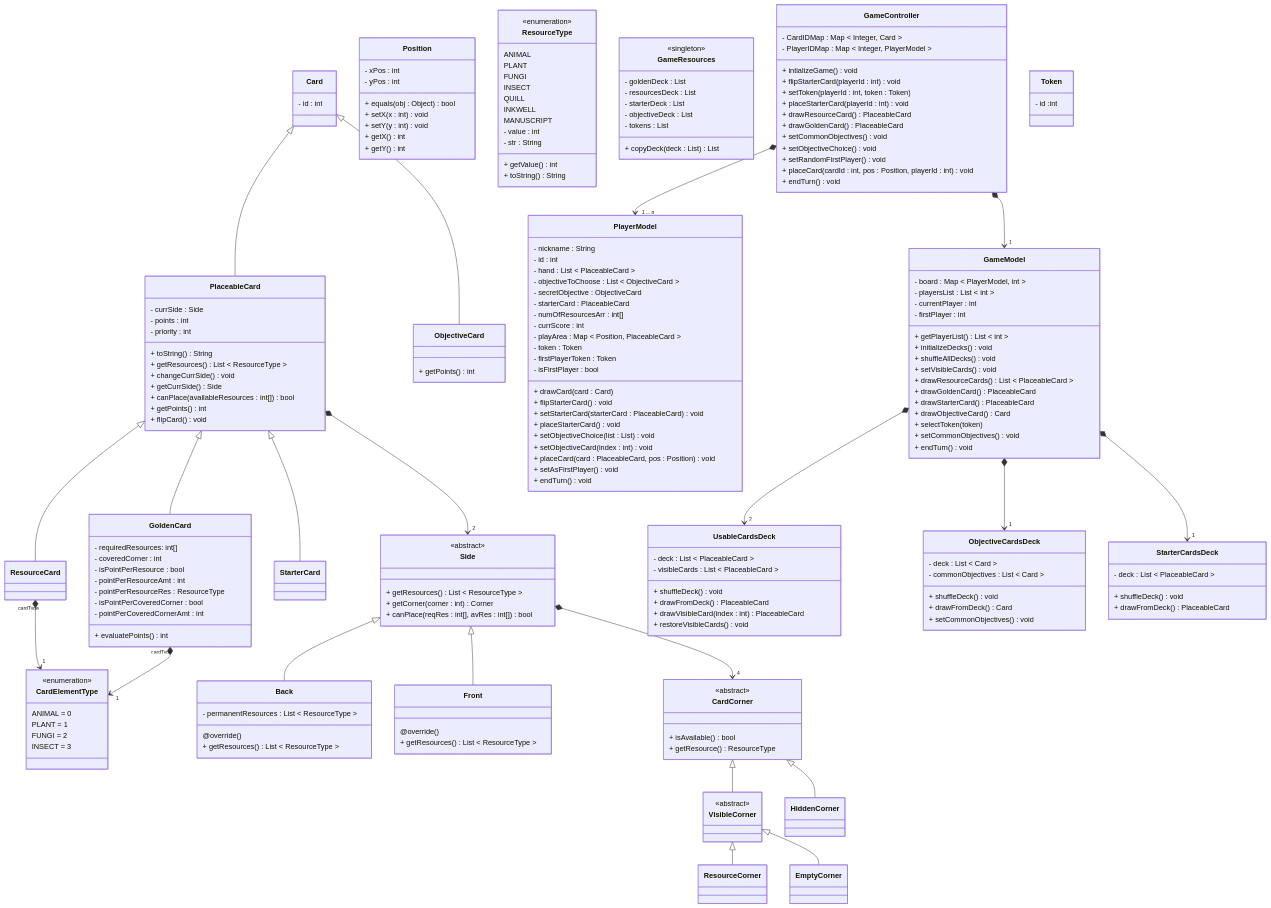
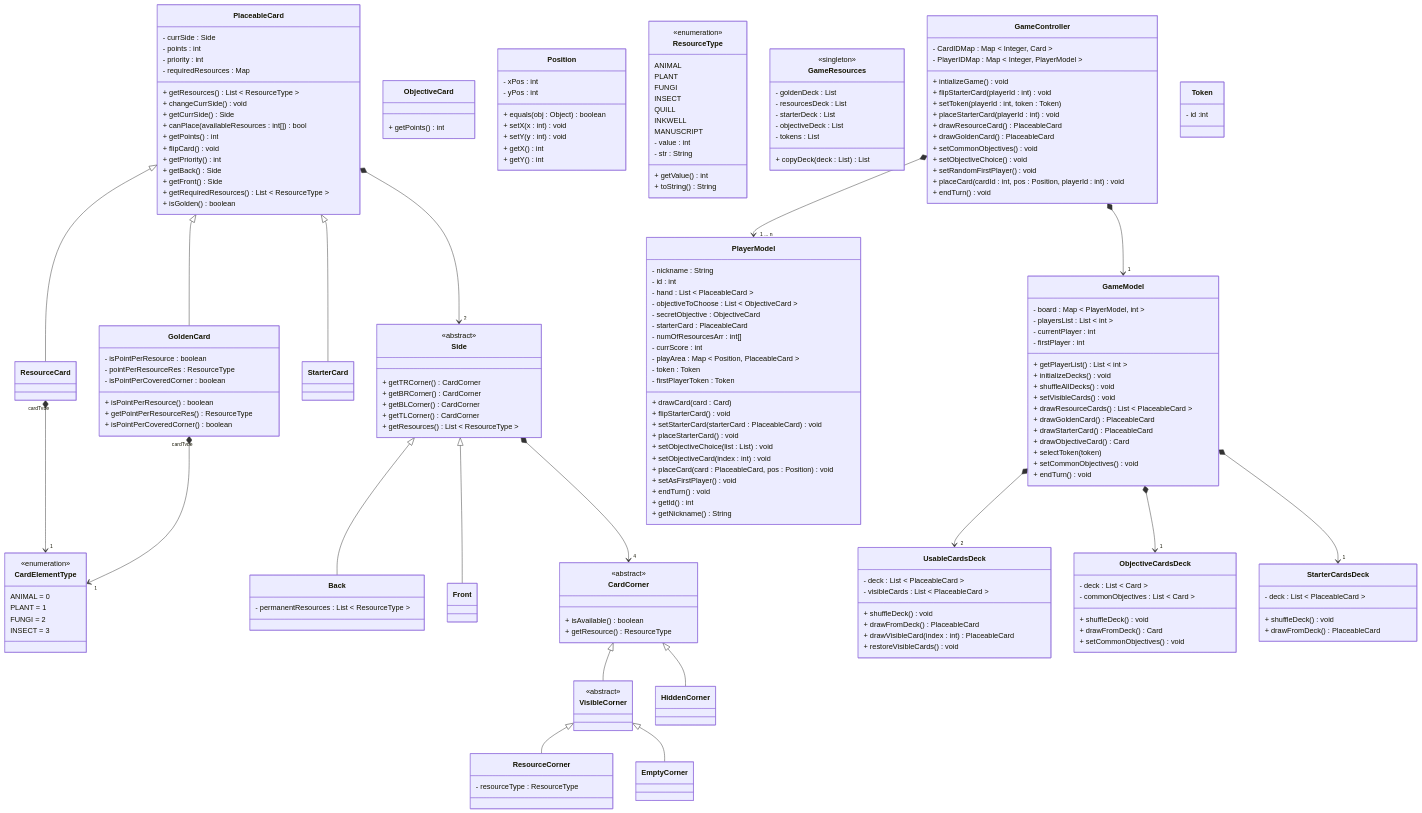
Before and after one commit to SteveOrDan/IS24-AM17: the diagram in README.md, drawn with Mermaid. The commit also changed 9 other files, not shown here.

````diff
--- a/README.md
+++ b/README.md
@@ -3,22 +3,23 @@
 ```mermaid
 classDiagram
-
-class Card{
-    - id : int
-}
 
 class PlaceableCard{
     - currSide : Side
     - points : int
     - priority : int
+    - requiredResources : Map <ResourceType, Integer>
 
-    + toString() String
     + getResources() List ~ ResourceType ~
     + changeCurrSide() void
     + getCurrSide() Side
     + canPlace(availableResources : int[]) bool
     + getPoints() int
     + flipCard() void
+    + getPriority() int
+    + getBack() Side
+    + getFront() Side
+    + getRequiredResources() List ~ ResourceType ~
+    + isGolden() boolean
 }
 
 %% class ResourceCard{
@@ -26,17 +27,13 @@
 %% }
 
 class GoldenCard{
-    - requiredResources: int[]
-    - coveredCorner : int
-
-    - isPointPerResource : bool
-    - pointPerResourceAmt : int
+    - isPointPerResource : boolean
     - pointPerResourceRes : ResourceType
-
-    - isPointPerCoveredCorner : bool
-    - pointPerCoveredCornerAmt : int
+    - isPointPerCoveredCorner : boolean
     
-    + evaluatePoints() int
+    + isPointPerResource() boolean
+    + getPointPerResourceRes() ResourceType
+    + isPointPerCoveredCorner() boolean
 }
 
 %% class StarterCard{
@@ -47,8 +44,6 @@
     + getPoints() int
 }
 
-Card <|-- PlaceableCard
-Card <|-- ObjectiveCard
 PlaceableCard <|-- ResourceCard
 PlaceableCard <|-- GoldenCard
 PlaceableCard <|-- StarterCard
@@ -59,22 +54,20 @@
 
 class Side{
     <<abstract>>
+    + getTRCorner() CardCorner
+    + getBRCorner() CardCorner
+    + getBLCorner() CardCorner
+    + getTLCorner() CardCorner
     + getResources() List ~ ResourceType ~
-    + getCorner(corner : int) Corner
-    + canPlace(reqRes : int[], avRes : int[]) bool
 }
 
 class Back{
     - permanentResources : List ~ ResourceType ~
-
-    @override()
-    + getResources() List ~ ResourceType ~
 }
 
-class Front{
-    @override()
-    + getResources() List ~ ResourceType ~
-}
+%% class Front{
+    
+%% }
 
 Side <|-- Front
 Side <|-- Back
@@ -82,13 +75,13 @@
 
 class CardCorner{
     <<abstract>>
-    + isAvailable() bool
+    + isAvailable() boolean
     + getResource() ResourceType
 }
 
-%% class ResourceCorner{
-    
-%% }
+class ResourceCorner{
+    - resourceType : ResourceType    
+}
 
 
 CardCorner <|-- VisibleCorner
@@ -104,7 +97,7 @@
     - xPos : int
     - yPos : int
 
-    + equals(obj : Object) bool
+    + equals(obj : Object) boolean
     + setX(x : int) void
     + setY(y : int) void
     + getX() int
@@ -154,7 +147,6 @@
 
     - token : Token
     - firstPlayerToken : Token
-    - isFirstPlayer : bool
 
     + drawCard(card : Card)
     + flipStarterCard() void
@@ -165,6 +157,8 @@
     + placeCard(card : PlaceableCard, pos : Position) void
     + setAsFirstPlayer() void
     + endTurn() void
+    + getId() int
+    + getNickname() String
 }
 
 %% class PlayerView{
````
